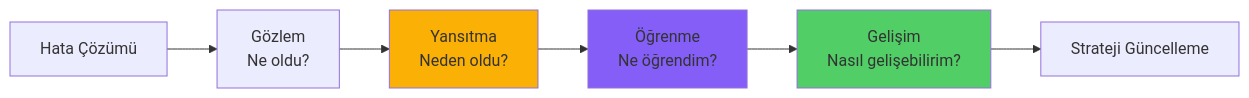
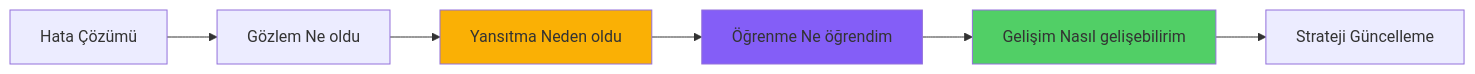
The third of 3 diagrams in README.md (mmsuerkan/kubernetes-thesis), drawn with Mermaid before and after one commit. The commit also changed other lines of this file, not shown here.

Commit message:
fix: Mermaid diagram syntax - remove line breaks and special characters

````diff
--- a/README.md
+++ b/README.md
@@ -153,12 +153,12 @@
 ```mermaid
 graph LR
-    A[Hata Çözümü] --> B[Gözlem<br/>Ne oldu?]
-    B --> C[Yansıtma<br/>Neden oldu?]
-    C --> D[Öğrenme<br/>Ne öğrendim?]
-    D --> E[Gelişim<br/>Nasıl gelişebilirim?]
+    A[Hata Çözümü] --> B[Gözlem Ne oldu]
+    B --> C[Yansıtma Neden oldu]
+    C --> D[Öğrenme Ne öğrendim]
+    D --> E[Gelişim Nasıl gelişebilirim]
     E --> F[Strateji Güncelleme]
     
     style C fill:#fab005
     style D fill:#845ef7
     style E fill:#51cf66
 ```
````
